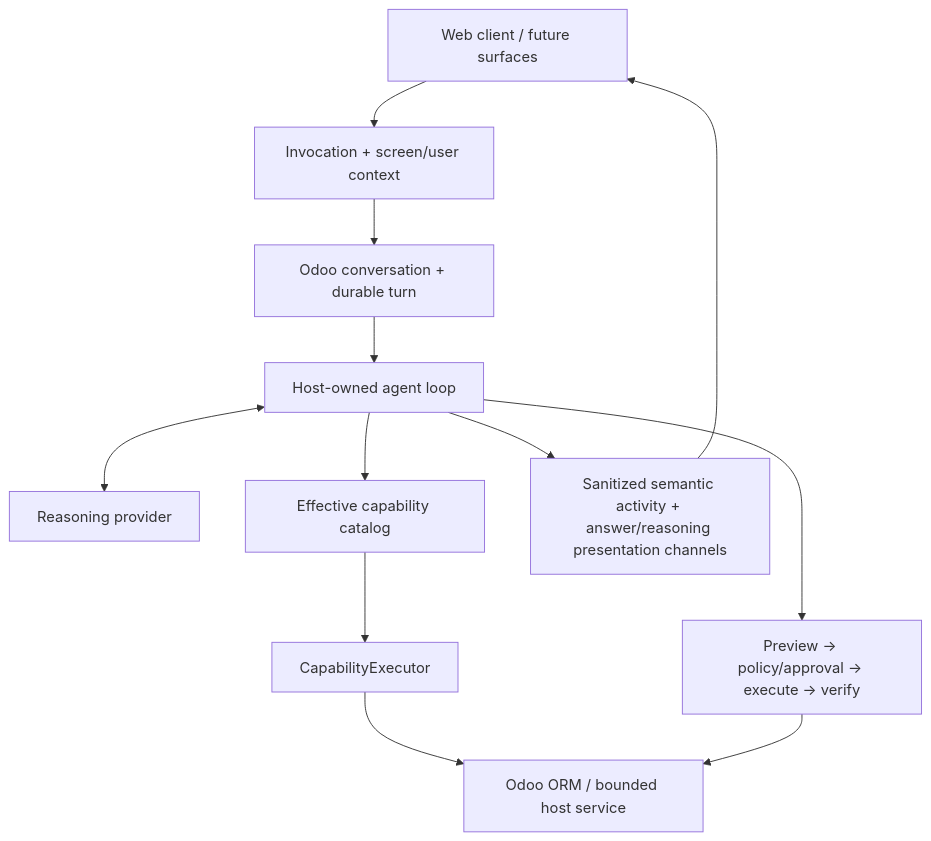
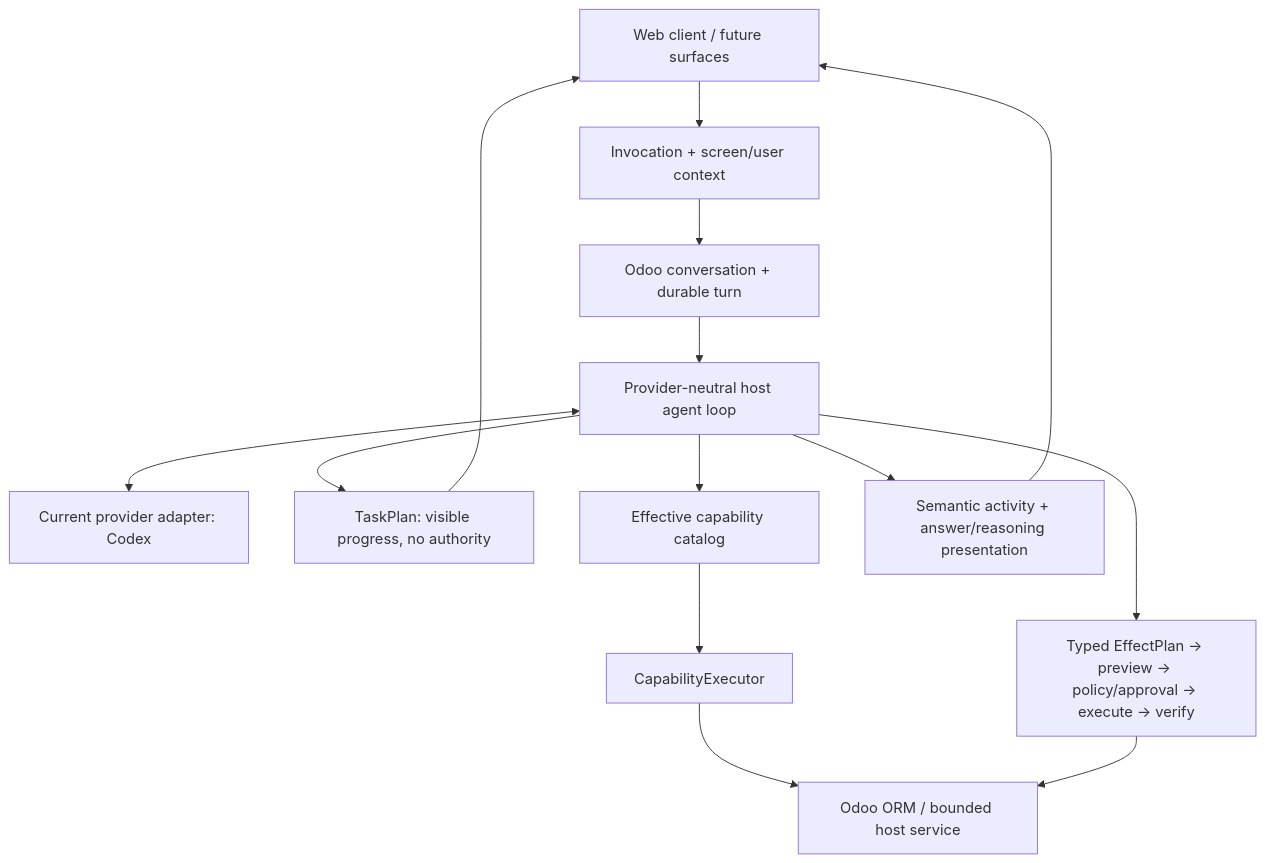
Before and after one commit to CPX-001/ai-odoo-assistant: the diagram in docs/README.md, drawn with Mermaid. The commit also changed other lines of this file, not shown here.

Commit message:
docs(p6): update documentation index for current cursor

````diff
--- a/docs/README.md
+++ b/docs/README.md
@@ -31,14 +32,16 @@
 ```mermaid
 flowchart TB
     UI[Web client / future surfaces] --> INV[Invocation + screen/user context]
     INV --> TURN[Odoo conversation + durable turn]
-    TURN --> HOST[Host-owned agent loop]
-    HOST <--> MODEL[Reasoning provider]
+    TURN --> HOST[Provider-neutral host agent loop]
+    HOST <--> MODEL[Current provider adapter: Codex]
+    HOST --> TASK[TaskPlan: visible progress, no authority]
     HOST --> CAT[Effective capability catalog]
     CAT --> EXEC[CapabilityExecutor]
     EXEC --> ORM[Odoo ORM / bounded host service]
-    HOST --> LIVE[Sanitized semantic activity + answer/reasoning presentation channels]
+    HOST --> EFFECT[Typed EffectPlan → preview → policy/approval → execute → verify]
+    EFFECT --> ORM
+    HOST --> LIVE[Semantic activity + answer/reasoning presentation]
+    TASK --> UI
     LIVE --> UI
-    HOST --> EFFECT[Preview → policy/approval → execute → verify]
-    EFFECT --> ORM
 ```
````
